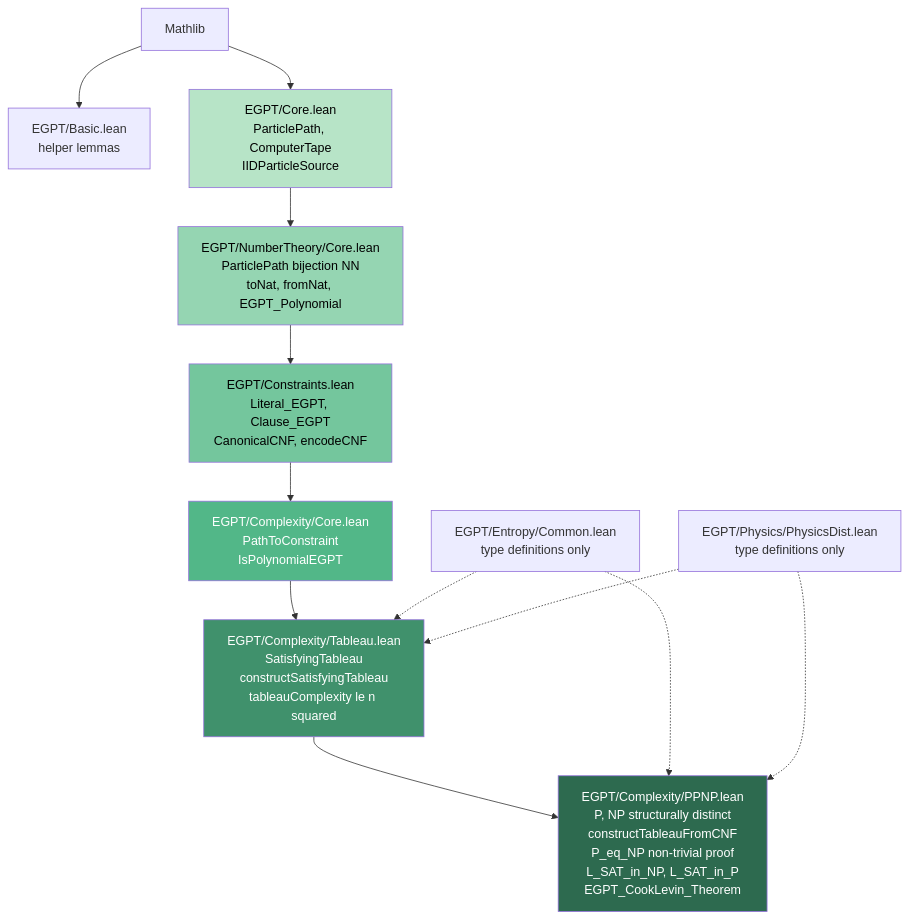
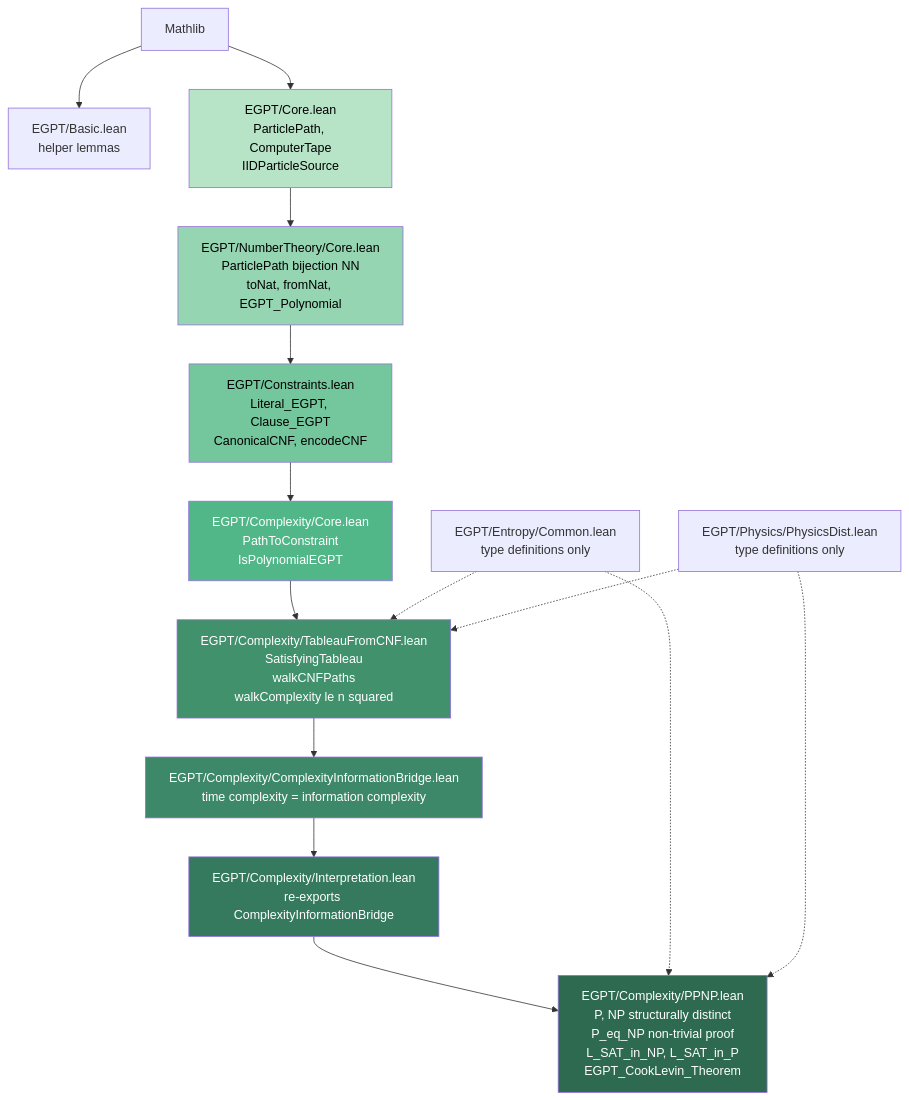
Before and after one commit to eabadir/EGPT: the first of 5 diagrams in docs/PROOF_GRAPH.md, drawn with Mermaid. The commit also changed other lines of this file and 56 other files, not shown here.

````diff
--- a/docs/PROOF_GRAPH.md
+++ b/docs/PROOF_GRAPH.md
@@ -18,22 +18,26 @@
 ```mermaid
 graph TD
     M[Mathlib] --> B[EGPT/Basic.lean<br/>helper lemmas]
     M --> C[EGPT/Core.lean<br/>ParticlePath, ComputerTape<br/>IIDParticleSource]
     C --> NT[EGPT/NumberTheory/Core.lean<br/>ParticlePath bijection NN<br/>toNat, fromNat, EGPT_Polynomial]
     NT --> CN[EGPT/Constraints.lean<br/>Literal_EGPT, Clause_EGPT<br/>CanonicalCNF, encodeCNF]
     CN --> CC[EGPT/Complexity/Core.lean<br/>PathToConstraint<br/>IsPolynomialEGPT]
-    CC --> CT[EGPT/Complexity/Tableau.lean<br/>SatisfyingTableau<br/>constructSatisfyingTableau<br/>tableauComplexity le n squared]
-    CT --> PP[EGPT/Complexity/PPNP.lean<br/>P, NP structurally distinct<br/>constructTableauFromCNF<br/>P_eq_NP non-trivial proof<br/>L_SAT_in_NP, L_SAT_in_P<br/>EGPT_CookLevin_Theorem]
+    CC --> CT[EGPT/Complexity/TableauFromCNF.lean<br/>SatisfyingTableau<br/>walkCNFPaths<br/>walkComplexity le n squared]
+    CT --> CIB[EGPT/Complexity/ComplexityInformationBridge.lean<br/>time complexity = information complexity]
+    CIB --> INT[EGPT/Complexity/Interpretation.lean<br/>re-exports ComplexityInformationBridge]
+    INT --> PP[EGPT/Complexity/PPNP.lean<br/>P, NP structurally distinct<br/>P_eq_NP non-trivial proof<br/>L_SAT_in_NP, L_SAT_in_P<br/>EGPT_CookLevin_Theorem]
 
     EC[EGPT/Entropy/Common.lean<br/>type definitions only] -.-> CT
     PD[EGPT/Physics/PhysicsDist.lean<br/>type definitions only] -.-> CT
     EC -.-> PP
     PD -.-> PP
 
     style PP fill:#2d6a4f,color:#fff
+    style INT fill:#357a5e,color:#fff
+    style CIB fill:#3d8868,color:#fff
     style CT fill:#40916c,color:#fff
     style CC fill:#52b788,color:#fff
     style CN fill:#74c69d,color:#000
     style NT fill:#95d5b2,color:#000
     style C fill:#b7e4c7,color:#000
 ```
````
